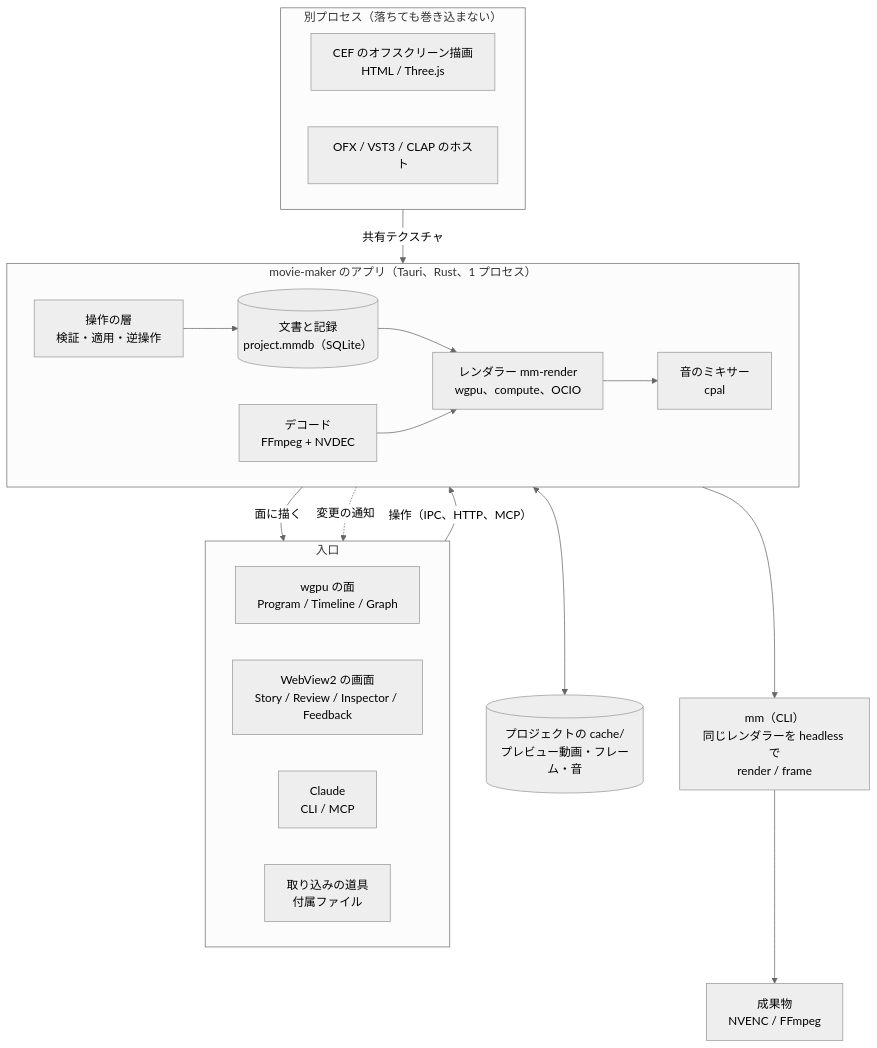
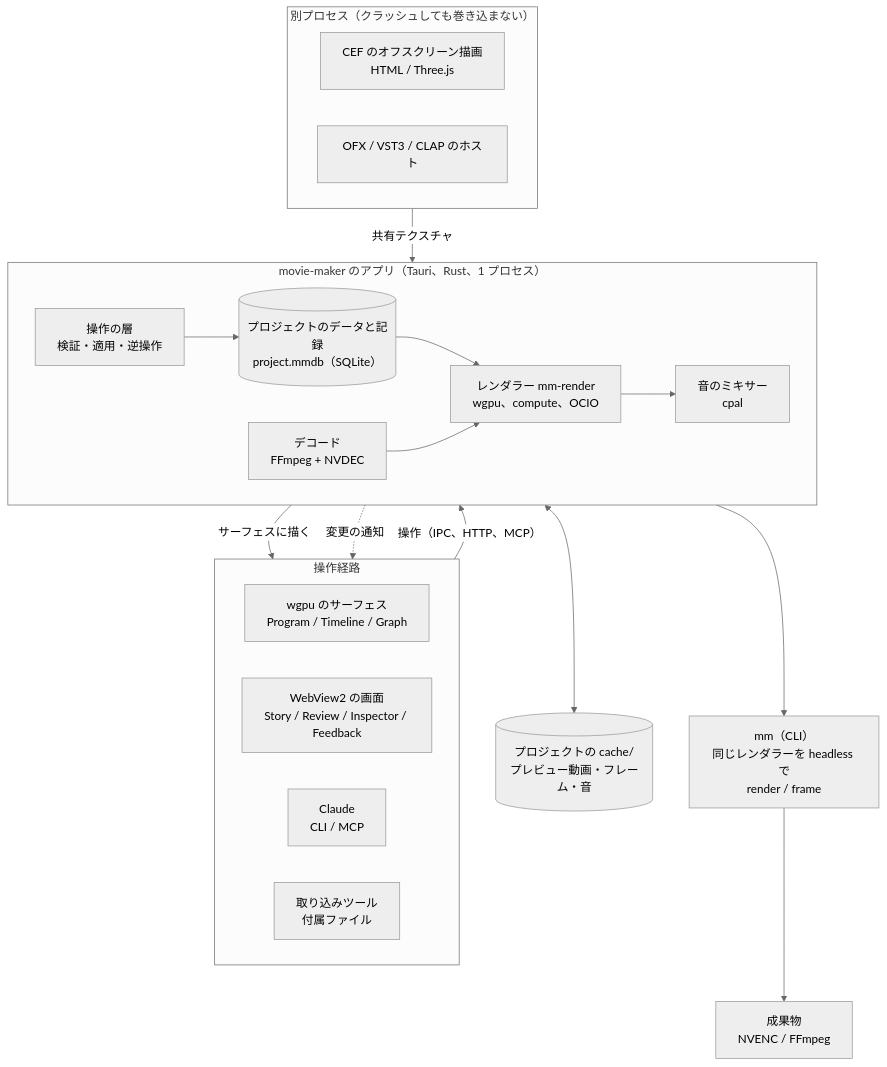
The diagram in movie-maker/docs/design/01-architecture.md (Durun/claude-marketplace), drawn with Mermaid (neutral theme) before and after one commit. The commit also changed other lines of this file and 320 other files, not shown here.

````diff
--- a/movie-maker/docs/design/01-architecture.md
+++ b/movie-maker/docs/design/01-architecture.md
@@ -28,35 +28,35 @@
 ```mermaid
 flowchart TB
-  subgraph IN[入口]
+  subgraph IN[操作経路]
     direction LR
-    NV[wgpu の面<br>Program / Timeline / Graph]
+    NV[wgpu のサーフェス<br>Program / Timeline / Graph]
     WV[WebView2 の画面<br>Story / Review / Inspector / Feedback]
     CL[Claude<br>CLI / MCP]
-    ING[取り込みの道具<br>付属ファイル]
+    ING[取り込みツール<br>付属ファイル]
   end
   subgraph APP[movie-maker のアプリ（Tauri、Rust、1 プロセス）]
     direction LR
     OPS[操作の層<br>検証・適用・逆操作]
-    DOC[(文書と記録<br>project.mmdb（SQLite）)]
+    DOC[(プロジェクトのデータと記録<br>project.mmdb（SQLite）)]
     ENG[レンダラー mm-render<br>wgpu、compute、OCIO]
     DEC[デコード<br>FFmpeg + NVDEC]
     MIX[音のミキサー<br>cpal]
     OPS --> DOC --> ENG
     DEC --> ENG
     ENG --> MIX
   end
-  subgraph HOSTS[別プロセス（落ちても巻き込まない）]
+  subgraph HOSTS[別プロセス（クラッシュしても巻き込まない）]
     direction LR
     CEF[CEF のオフスクリーン描画<br>HTML / Three.js]
     OFX[OFX / VST3 / CLAP のホスト]
   end
   CACHE[(プロジェクトの cache/<br>プレビュー動画・フレーム・音)]
   CLI[mm（CLI）<br>同じレンダラーを headless で<br>render / frame]
   OUT[成果物<br>NVENC / FFmpeg]
   IN -- 操作（IPC、HTTP、MCP） --> OPS
   DOC -. 変更の通知 .-> IN
-  ENG -- 面に描く --> NV
+  ENG -- サーフェスに描く --> NV
   HOSTS -- 共有テクスチャ --> ENG
   ENG <--> CACHE
   DOC --> CLI --> OUT
 ```
````
